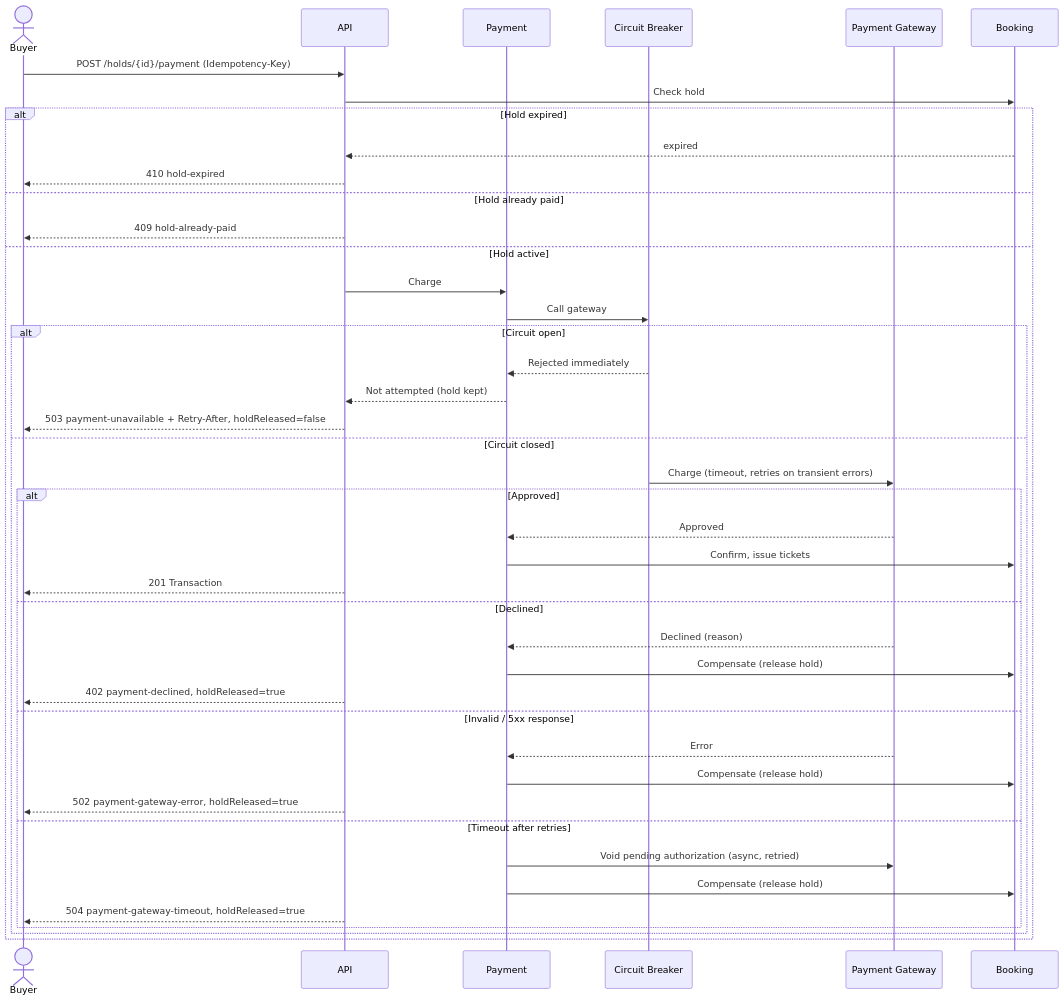
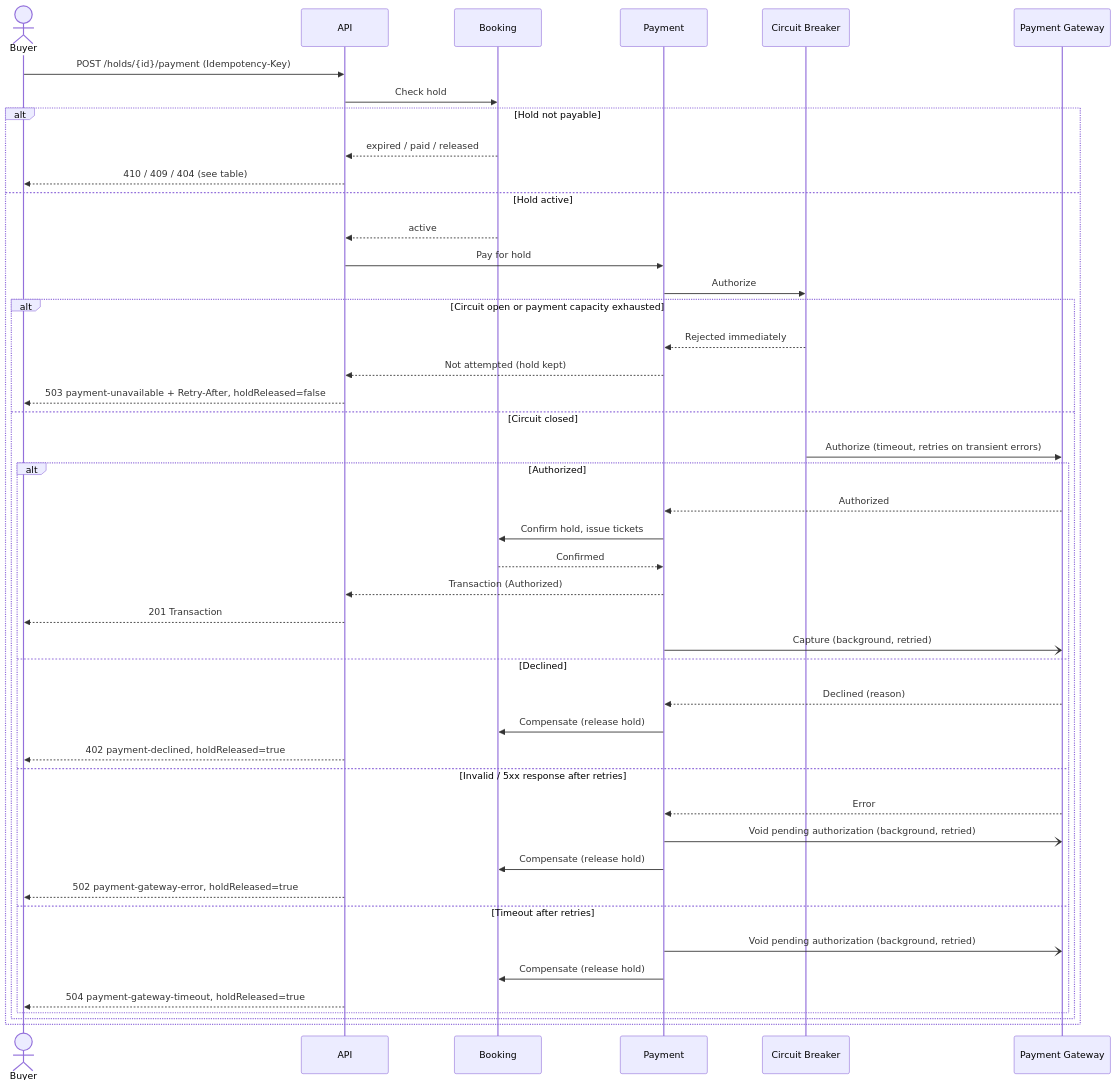
One commit to hrytsykvl/Ticketium changed the second of 4 diagrams in docs/ERROR_HANDLING.md. Above: the diagram before and after it, drawn with Mermaid. The commit also changed other lines of this file and 6 other files, not shown here.

````diff
--- a/docs/ERROR_HANDLING.md
+++ b/docs/ERROR_HANDLING.md
@@ -208,45 +262,48 @@
 ```mermaid
 sequenceDiagram
     actor Buyer
     participant API
+    participant Booking
     participant Payment
     participant CB as Circuit Breaker
     participant PG as Payment Gateway
-    participant Booking
 
     Buyer->>API: POST /holds/{id}/payment (Idempotency-Key)
     API->>Booking: Check hold
-    alt Hold expired
-        Booking-->>API: expired
-        API-->>Buyer: 410 hold-expired
-    else Hold already paid
-        API-->>Buyer: 409 hold-already-paid
+    alt Hold not payable
+        Booking-->>API: expired / paid / released
+        API-->>Buyer: 410 / 409 / 404 (see table)
     else Hold active
-        API->>Payment: Charge
-        Payment->>CB: Call gateway
-        alt Circuit open
+        Booking-->>API: active
+        API->>Payment: Pay for hold
+        Payment->>CB: Authorize
+        alt Circuit open or payment capacity exhausted
             CB-->>Payment: Rejected immediately
             Payment-->>API: Not attempted (hold kept)
             API-->>Buyer: 503 payment-unavailable + Retry-After, holdReleased=false
         else Circuit closed
-            CB->>PG: Charge (timeout, retries on transient errors)
-            alt Approved
-                PG-->>Payment: Approved
-                Payment->>Booking: Confirm, issue tickets
+            CB->>PG: Authorize (timeout, retries on transient errors)
+            alt Authorized
+                PG-->>Payment: Authorized
+                Payment->>Booking: Confirm hold, issue tickets
+                Booking-->>Payment: Confirmed
+                Payment-->>API: Transaction (Authorized)
                 API-->>Buyer: 201 Transaction
+                Payment-)PG: Capture (background, retried)
             else Declined
                 PG-->>Payment: Declined (reason)
                 Payment->>Booking: Compensate (release hold)
                 API-->>Buyer: 402 payment-declined, holdReleased=true
-            else Invalid / 5xx response
+            else Invalid / 5xx response after retries
                 PG-->>Payment: Error
+                Payment-)PG: Void pending authorization (background, retried)
                 Payment->>Booking: Compensate (release hold)
                 API-->>Buyer: 502 payment-gateway-error, holdReleased=true
             else Timeout after retries
-                Payment->>PG: Void pending authorization (async, retried)
+                Payment-)PG: Void pending authorization (background, retried)
                 Payment->>Booking: Compensate (release hold)
                 API-->>Buyer: 504 payment-gateway-timeout, holdReleased=true
             end
         end
     end
 ```
````
